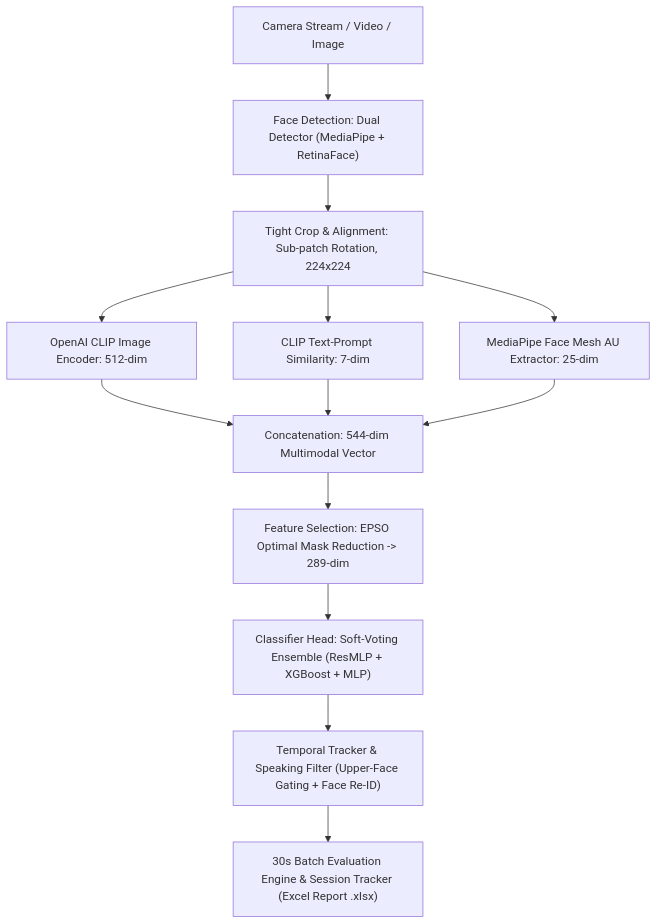
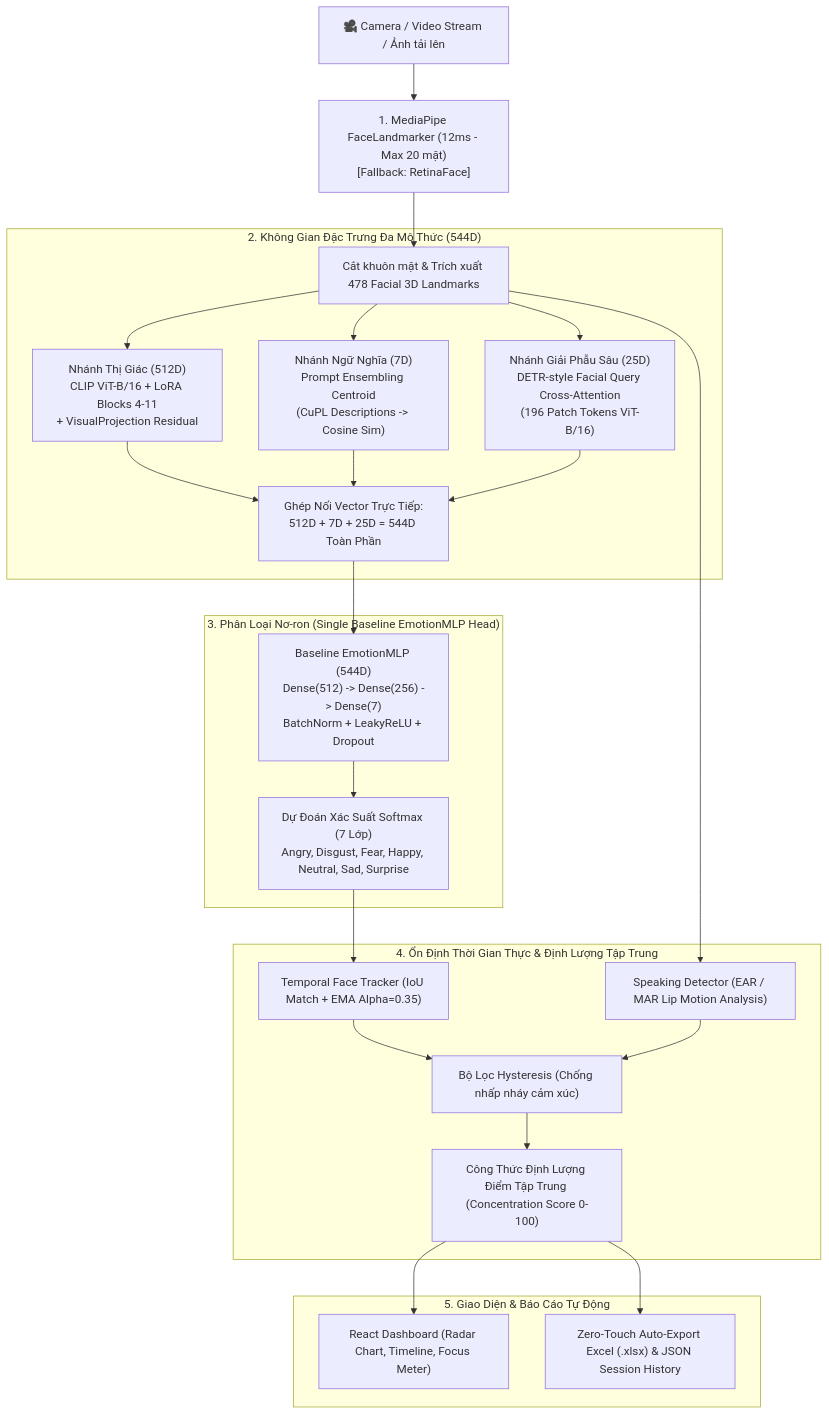
One commit to DungLe2005/Emotion_Concentration- changed the diagram in README.md. Above: the diagram before and after it, drawn with Mermaid. The commit also changed other lines of this file and 12 other files, not shown here.

````diff
--- a/README.md
+++ b/README.md
@@ -33,13 +56,32 @@
 ```mermaid
 flowchart TD
-    A["Camera Stream / Video / Image"] --> B["Face Detection: Dual Detector (MediaPipe + RetinaFace)"]
-    B --> C["Tight Crop & Alignment: Sub-patch Rotation, 224x224"]
-    C --> D1["OpenAI CLIP Image Encoder: 512-dim"]
-    C --> D2["CLIP Text-Prompt Similarity: 7-dim"]
-    C --> D3["MediaPipe Face Mesh AU Extractor: 25-dim"]
-    D1 & D2 & D3 --> E["Concatenation: 544-dim Multimodal Vector"]
-    E --> F["Feature Selection: EPSO Optimal Mask Reduction -> 289-dim"]
-    F --> G["Classifier Head: Soft-Voting Ensemble (ResMLP + XGBoost + MLP)"]
-    G --> T["Temporal Tracker & Speaking Filter (Upper-Face Gating + Face Re-ID)"]
-    T --> H["30s Batch Evaluation Engine & Session Tracker (Excel Report .xlsx)"]
+    A["🎥 Camera / Video Stream / Ảnh tải lên"] --> B["1. MediaPipe FaceLandmarker (12ms - Max 20 mặt)\n[Fallback: RetinaFace]"]
+    B --> C["Cắt khuôn mặt & Trích xuất 478 Facial 3D Landmarks"]
+    
+    subgraph S1["2. Không Gian Đặc Trưng Đa Mô Thức (544D)"]
+        C --> D1["Nhánh Thị Giác (512D)\nCLIP ViT-B/16 + LoRA Blocks 4-11\n+ VisualProjection Residual"]
+        C --> D2["Nhánh Ngữ Nghĩa (7D)\nPrompt Ensembling Centroid\n(CuPL Descriptions -> Cosine Sim)"]
+        C --> D3["Nhánh Giải Phẫu Sâu (25D)\nDETR-style Facial Query Cross-Attention\n(196 Patch Tokens ViT-B/16)"]
+        D1 --> E["Ghép Nối Vector Trực Tiếp:\n512D + 7D + 25D = 544D Toàn Phần"]
+        D2 --> E
+        D3 --> E
+    end
+
+    subgraph S2["3. Phân Loại Nơ-ron (Single Baseline EmotionMLP Head)"]
+        E --> F["Baseline EmotionMLP (544D)\nDense(512) -> Dense(256) -> Dense(7)\nBatchNorm + LeakyReLU + Dropout"]
+        F --> G["Dự Đoán Xác Suất Softmax (7 Lớp)\nAngry, Disgust, Fear, Happy, Neutral, Sad, Surprise"]
+    end
+
+    subgraph S3["4. Ổn Định Thời Gian Thực & Định Lượng Tập Trung"]
+        G --> H1["Temporal Face Tracker (IoU Match + EMA Alpha=0.35)"]
+        C --> H2["Speaking Detector (EAR / MAR Lip Motion Analysis)"]
+        H1 --> I["Bộ Lọc Hysteresis (Chống nhấp nháy cảm xúc)"]
+        H2 --> I
+        I --> J["Công Thức Định Lượng Điểm Tập Trung (Concentration Score 0-100)"]
+    end
+
+    subgraph S4["5. Giao Diện & Báo Cáo Tự Động"]
+        J --> K1["React Dashboard (Radar Chart, Timeline, Focus Meter)"]
+        J --> K2["Zero-Touch Auto-Export Excel (.xlsx) & JSON Session History"]
+    end
 ```
````
